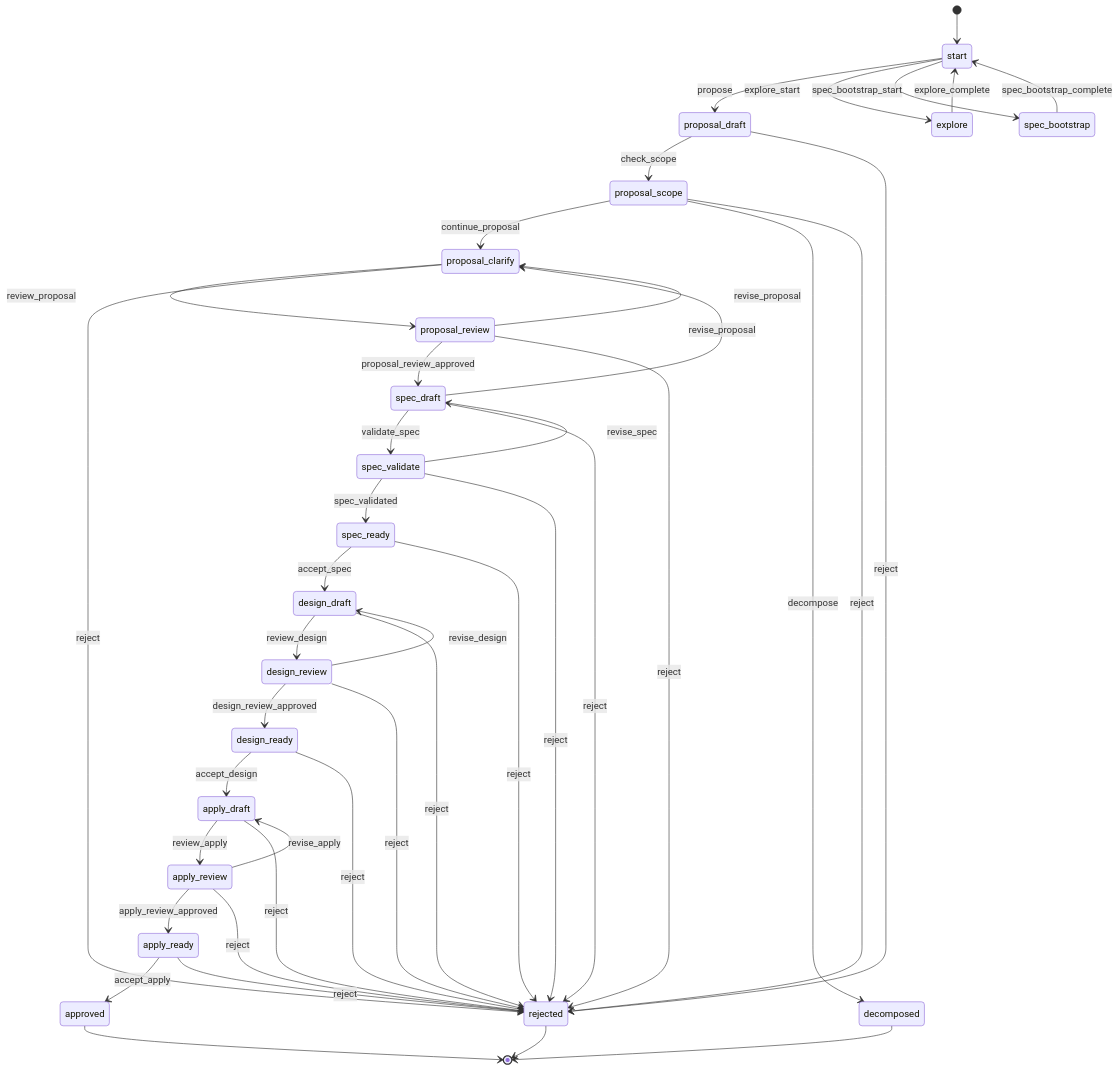
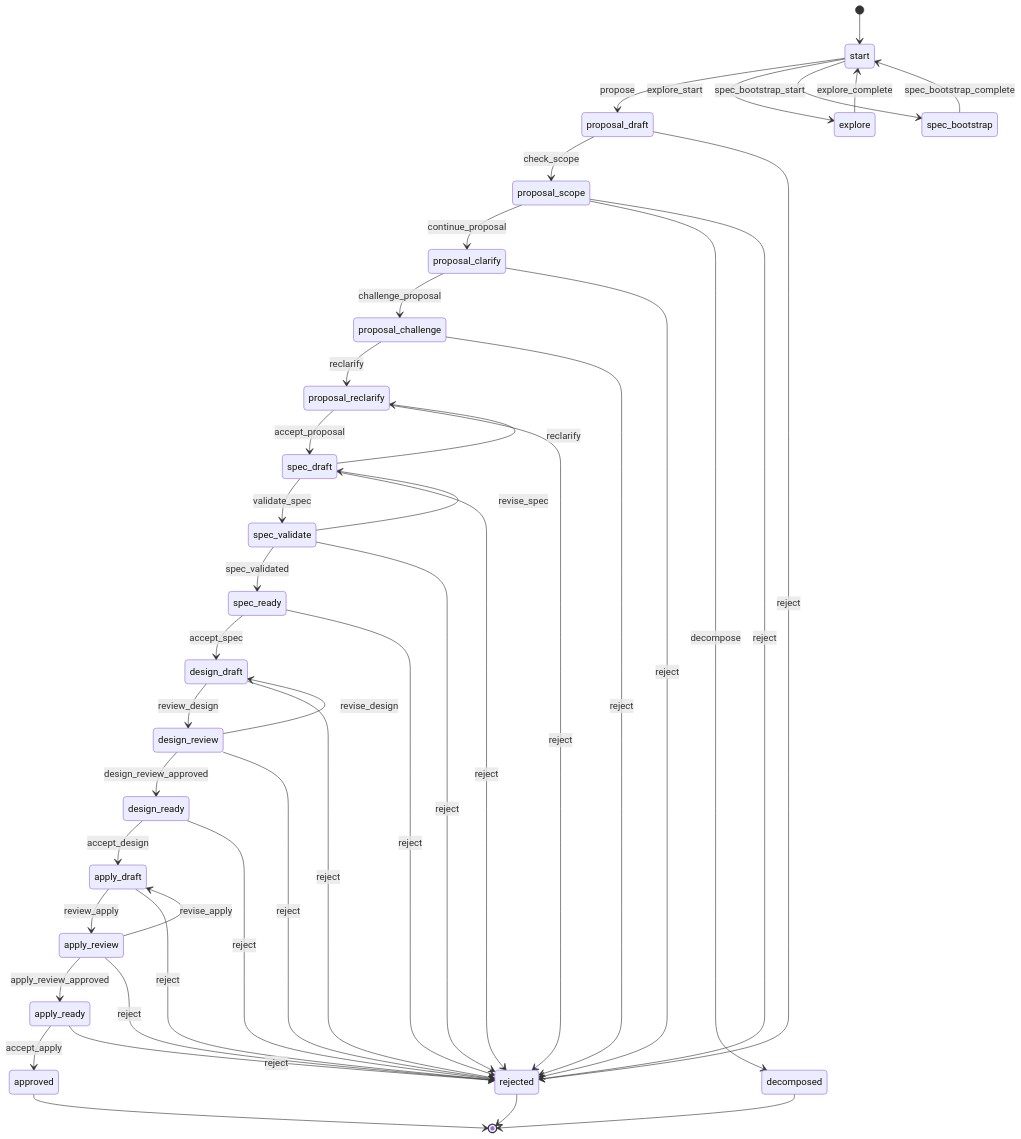
One commit to skr19930617/specflow changed the diagram in README.md. Above: the diagram before and after it, drawn with Mermaid. The commit also changed 25 other files, not shown here.

First line of the commit message:
feat: replace proposal review loop with linear challenge-reclarify flow

````diff
--- a/README.md
+++ b/README.md
@@ -266,44 +266,45 @@
 ```mermaid
 stateDiagram-v2
   [*] --> start
   start --> proposal_draft: propose
   start --> explore: explore_start
   start --> spec_bootstrap: spec_bootstrap_start
   proposal_draft --> proposal_scope: check_scope
   proposal_draft --> rejected: reject
   proposal_scope --> proposal_clarify: continue_proposal
   proposal_scope --> decomposed: decompose
   proposal_scope --> rejected: reject
-  proposal_clarify --> proposal_review: review_proposal
+  proposal_clarify --> proposal_challenge: challenge_proposal
   proposal_clarify --> rejected: reject
-  proposal_review --> spec_draft: proposal_review_approved
-  proposal_review --> proposal_clarify: revise_proposal
-  proposal_review --> rejected: reject
-  spec_draft --> proposal_clarify: revise_proposal
+  proposal_challenge --> proposal_reclarify: reclarify
+  proposal_challenge --> rejected: reject
+  proposal_reclarify --> spec_draft: accept_proposal
+  proposal_reclarify --> rejected: reject
+  spec_draft --> proposal_reclarify: reclarify
   spec_draft --> spec_validate: validate_spec
   spec_draft --> rejected: reject
   spec_validate --> spec_draft: revise_spec
   spec_validate --> spec_ready: spec_validated
   spec_validate --> rejected: reject
   spec_ready --> design_draft: accept_spec
   spec_ready --> rejected: reject
   design_draft --> design_review: review_design
   design_draft --> rejected: reject
   design_review --> design_draft: revise_design
   design_review --> design_ready: design_review_approved
   design_review --> rejected: reject
   design_ready --> apply_draft: accept_design
   design_ready --> rejected: reject
   apply_draft --> apply_review: review_apply
   apply_draft --> rejected: reject
   apply_review --> apply_draft: revise_apply
   apply_review --> apply_ready: apply_review_approved
   apply_review --> rejected: reject
   apply_ready --> approved: accept_apply
   apply_ready --> rejected: reject
   explore --> start: explore_complete
   spec_bootstrap --> start: spec_bootstrap_complete
   approved --> [*]
   decomposed --> [*]
   rejected --> [*]
 ```
````
